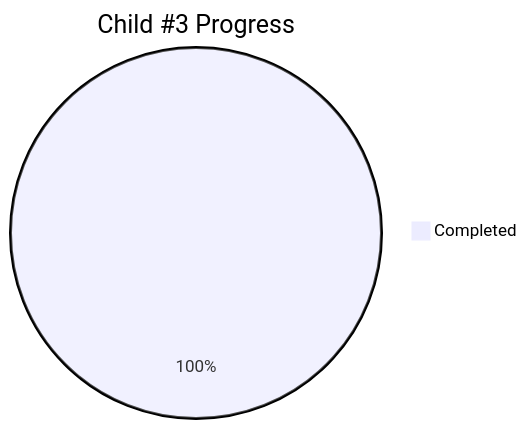
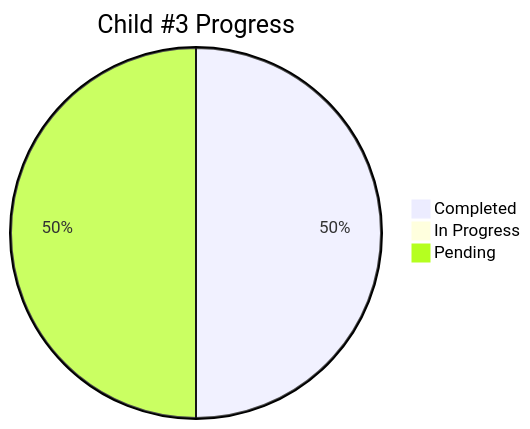
One commit to info-tech-io/info-tech-io.github.io changed the diagram in docs/proposals/epic-2-github-pages-federation/child-3-corporate-workflow/progress.md. Above: the diagram before and after it, drawn with Mermaid. The commit also changed other lines of this file and 1 other file, not shown here.

````diff
--- a/docs/proposals/epic-2-github-pages-federation/child-3-corporate-workflow/progress.md
+++ b/docs/proposals/epic-2-github-pages-federation/child-3-corporate-workflow/progress.md
@@ -12,4 +12,6 @@
 ```mermaid
 pie title Child #3 Progress
-    "Completed" : 100
+    "Completed" : 50
+    "In Progress" : 0
+    "Pending" : 50
 ```
````
